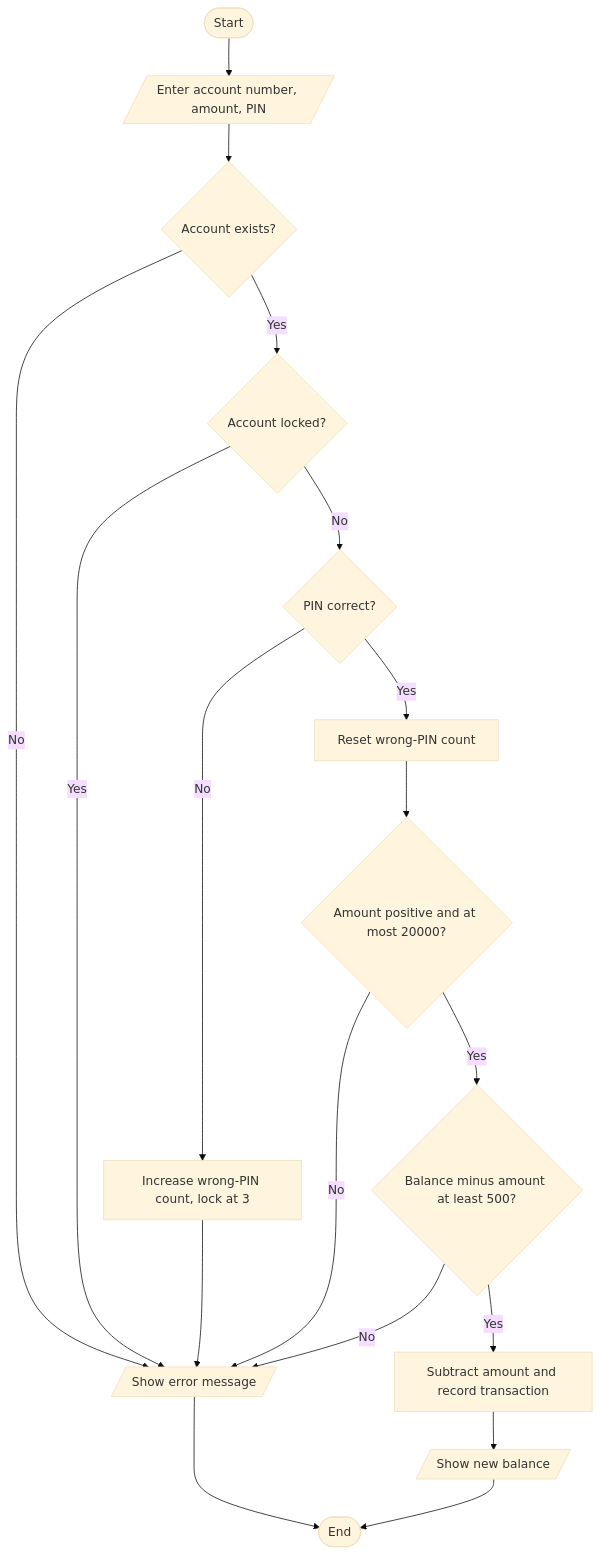
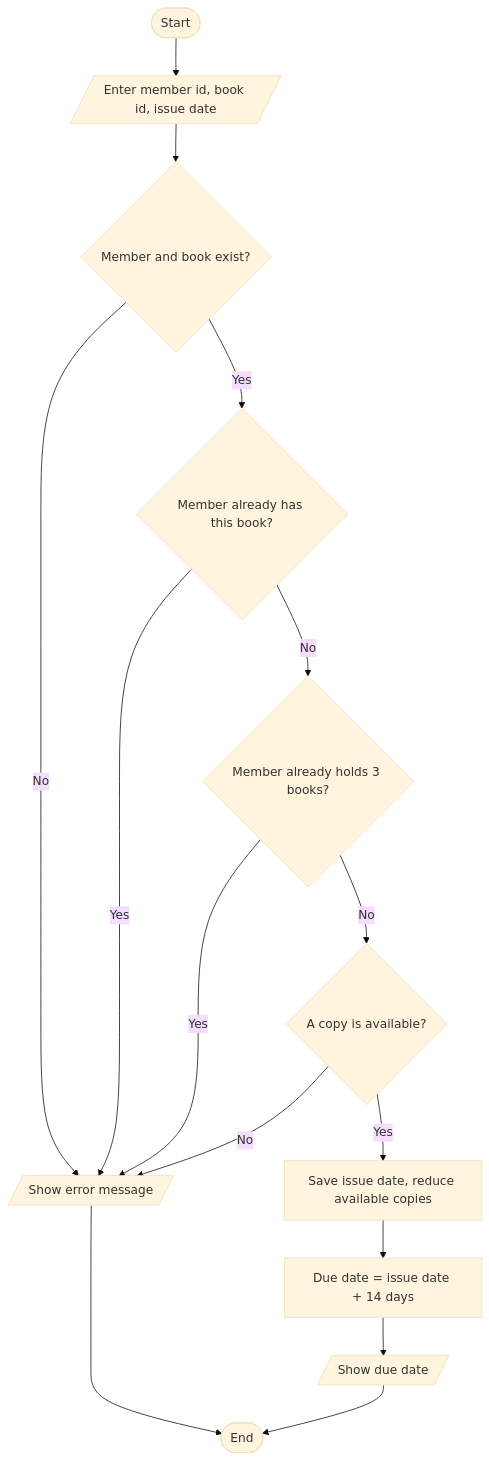
Before and after one commit to AtlaSwathi29/2026_27_CSE4-221_python_programming: the first of 2 diagrams in README.md, drawn with Mermaid (base theme). The commit also changed other lines of this file and 4 other files, not shown here.

````diff
--- a/README.md
+++ b/README.md
@@ -61,20 +62,17 @@
 ```mermaid
 flowchart TD
-    A(["Start"]) --> B[/"Enter account number, amount, PIN"/]
-    B --> C{"Account exists?"}
+    A(["Start"]) --> B[/"Enter member id, book id, issue date"/]
+    B --> C{"Member and book exist?"}
     C -- No --> ERR[/"Show error message"/]
-    C -- Yes --> D{"Account locked?"}
+    C -- Yes --> D{"Member already has this book?"}
     D -- Yes --> ERR
-    D -- No --> E{"PIN correct?"}
-    E -- No --> F["Increase wrong-PIN count, lock at 3"]
-    F --> ERR
-    E -- Yes --> G["Reset wrong-PIN count"]
-    G --> H{"Amount positive and at most 20000?"}
-    H -- No --> ERR
-    H -- Yes --> I{"Balance minus amount at least 500?"}
-    I -- No --> ERR
-    I -- Yes --> J["Subtract amount and record transaction"]
-    J --> K[/"Show new balance"/]
-    K --> Z(["End"])
+    D -- No --> E{"Member already holds 3 books?"}
+    E -- Yes --> ERR
+    E -- No --> F{"A copy is available?"}
+    F -- No --> ERR
+    F -- Yes --> G["Save issue date, reduce available copies"]
+    G --> H["Due date = issue date + 14 days"]
+    H --> I[/"Show due date"/]
+    I --> Z(["End"])
     ERR --> Z
 ```
````
